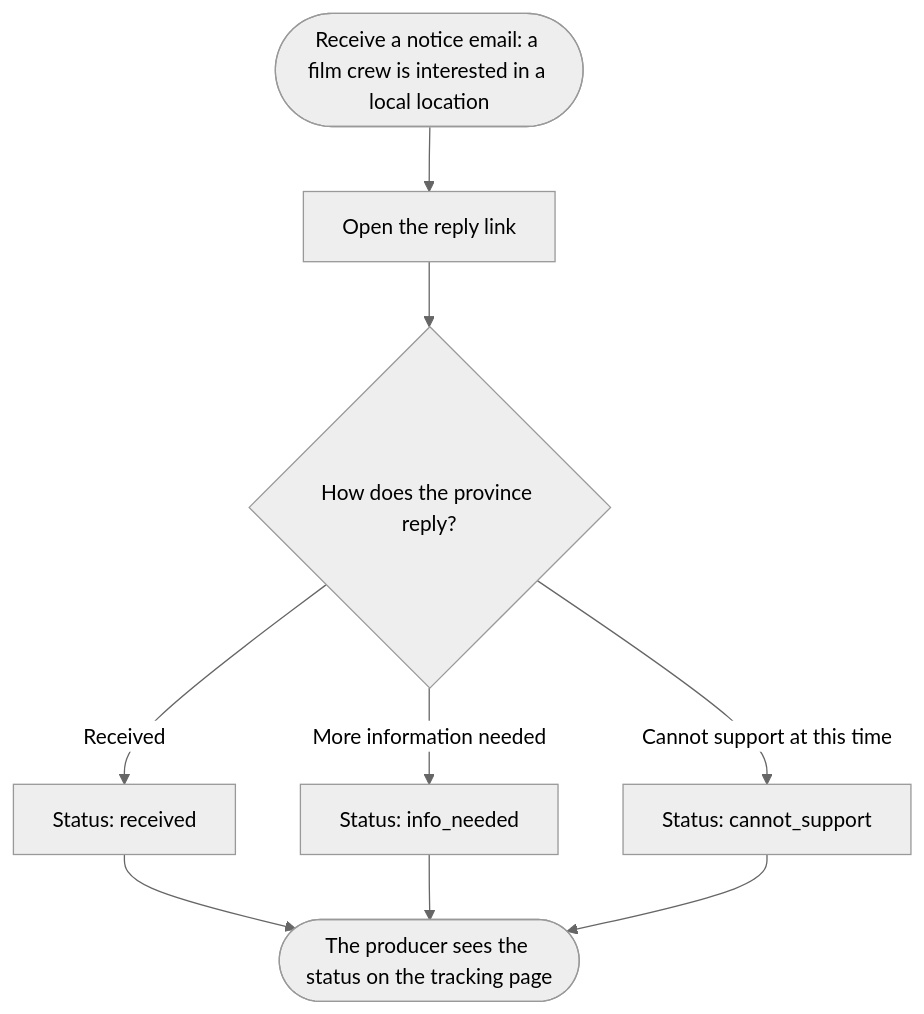
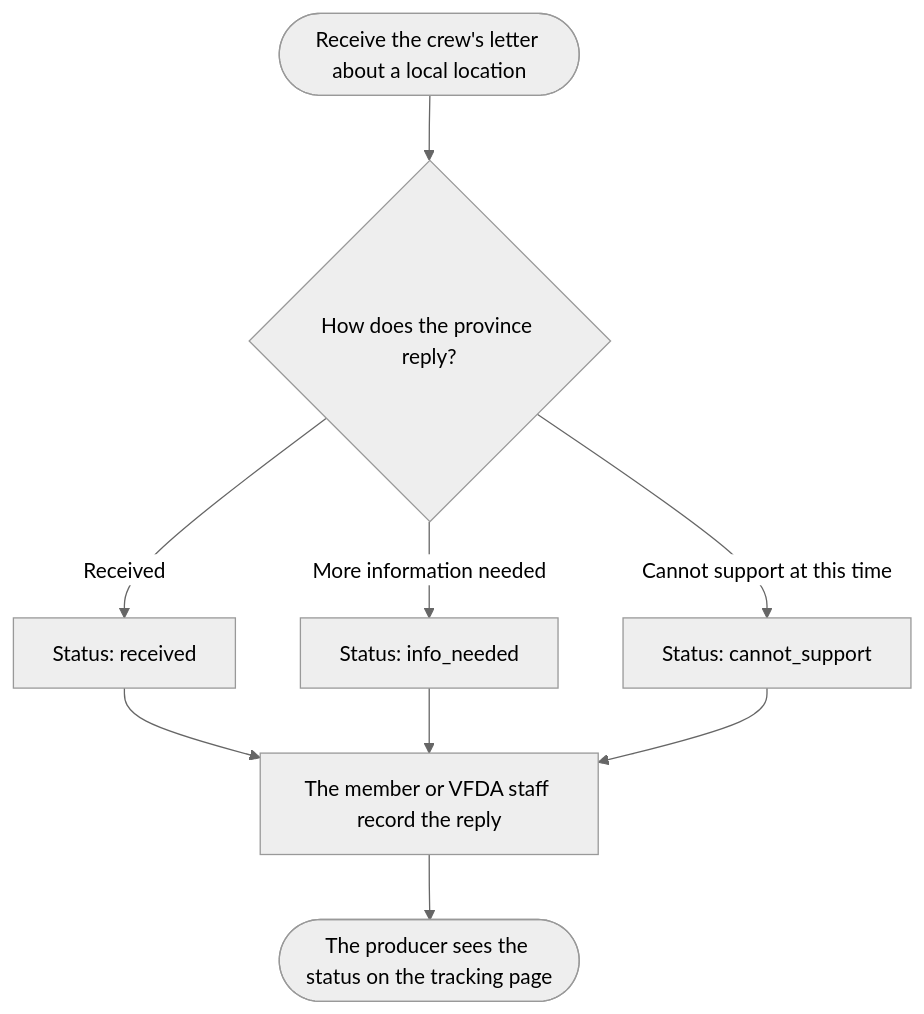
Before and after one commit to namnt2005/CINEMATCH-DBIZ3.TeamC: the first of 2 diagrams in docs/spec/spec-M7.md, drawn with Mermaid (neutral theme). The commit also changed other lines of this file and 16 other files, not shown here.

````diff
--- a/docs/spec/spec-M7.md
+++ b/docs/spec/spec-M7.md
@@ -94,11 +94,11 @@
 ```mermaid
 flowchart TD
-    S([Receive a notice email: a film crew is interested in a local location]) --> OPEN[Open the reply link]
-    OPEN --> Q{How does the province reply?}
+    S([Receive the crew's letter about a local location]) --> Q{How does the province reply?}
     Q -- Received --> R1[Status: received]
     Q -- More information needed --> R2[Status: info_needed]
     Q -- Cannot support at this time --> R3[Status: cannot_support]
-    R1 --> E([The producer sees the status on the tracking page])
-    R2 --> E
-    R3 --> E
+    R1 --> REC[The member or VFDA staff record the reply]
+    R2 --> REC
+    R3 --> REC
+    REC --> E([The producer sees the status on the tracking page])
 ```
````
